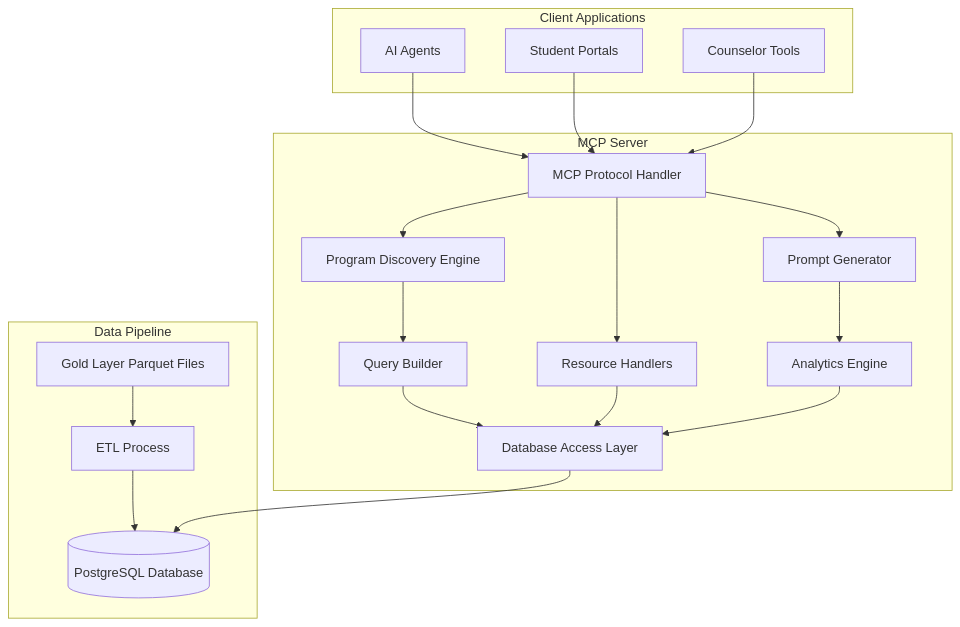
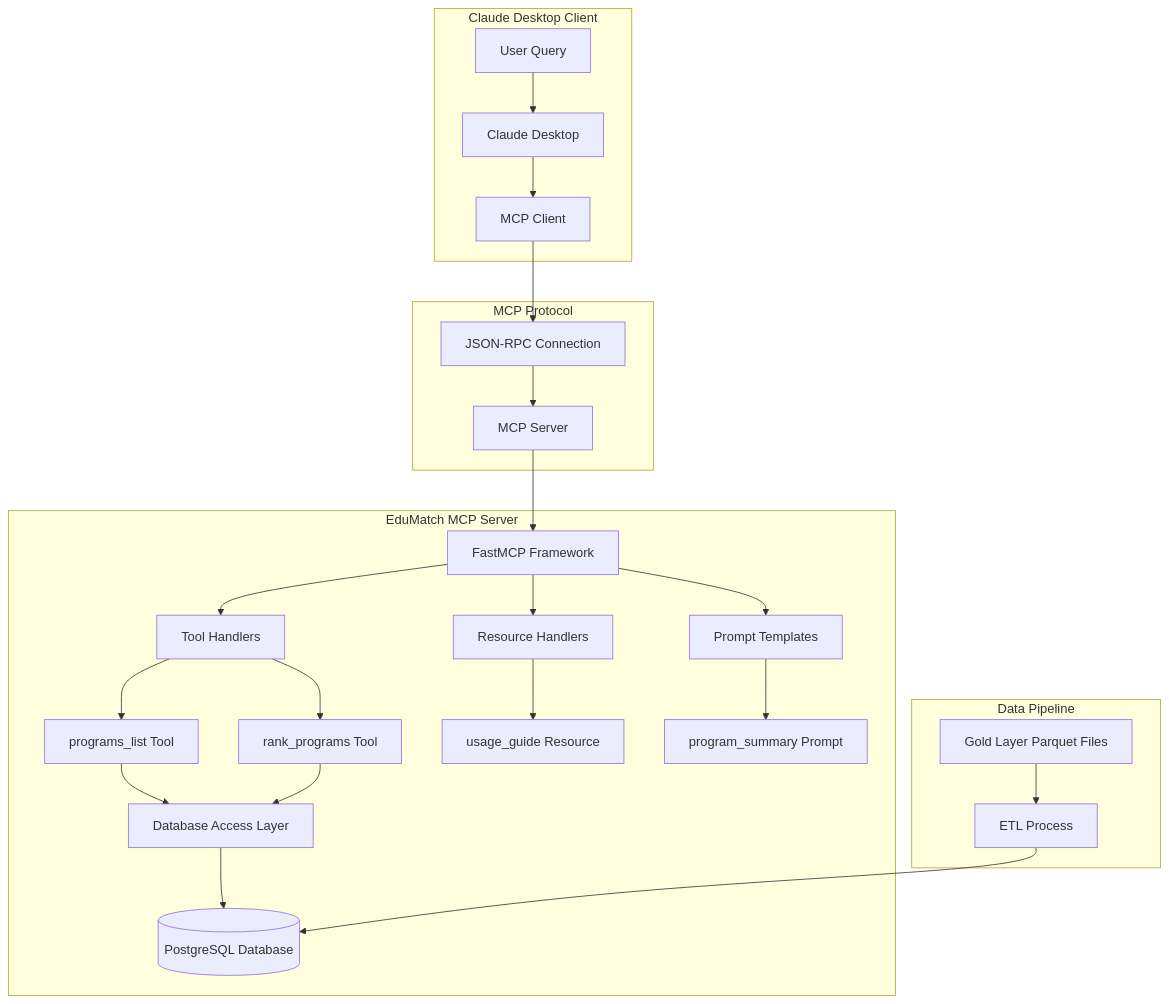
Before and after one commit to MrJohn91/univacity_mcp: the diagram in .kiro/specs/student-recommendation-mcp-server/design.md, drawn with Mermaid. The commit also changed other lines of this file, not shown here.

First line of the commit message:
Update design document with current MCP implementation

````diff
--- a/.kiro/specs/student-recommendation-mcp-server/design.md
+++ b/.kiro/specs/student-recommendation-mcp-server/design.md
@@ -13,27 +13,33 @@
 ```mermaid
 graph TB
-    subgraph "Data Pipeline"
-        A[Gold Layer Parquet Files] --> B[ETL Process]
-        B --> C[(PostgreSQL Database)]
+    subgraph "Claude Desktop Client"
+        A[User Query] --> B[Claude Desktop]
+        B --> C[MCP Client]
     end
     
-    subgraph "MCP Server"
-        D[MCP Protocol Handler] --> E[Program Discovery Engine]
-        E --> F[Query Builder]
-        F --> G[Database Access Layer]
-        G --> C
-        
-        D --> H[Resource Handlers]
-        H --> G
-        
-        D --> I[Prompt Generator]
-        I --> J[Analytics Engine]
-        J --> G
+    subgraph "MCP Protocol"
+        C --> D[JSON-RPC Connection]
+        D --> E[MCP Server]
     end
     
-    subgraph "Client Applications"
-        K[AI Agents] --> D
-        L[Student Portals] --> D
-        M[Counselor Tools] --> D
+    subgraph "EduMatch MCP Server"
+        E --> F[FastMCP Framework]
+        F --> G[Tool Handlers]
+        F --> H[Resource Handlers] 
+        F --> I[Prompt Templates]
+        
+        G --> J[programs_list Tool]
+        G --> K[rank_programs Tool]
+        H --> L[usage_guide Resource]
+        I --> M[program_summary Prompt]
+        
+        J --> N[Database Access Layer]
+        K --> N
+        N --> O[(PostgreSQL Database)]
+    end
+    
+    subgraph "Data Pipeline"
+        P[Gold Layer Parquet Files] --> Q[ETL Process]
+        Q --> O
     end
 ```
````
